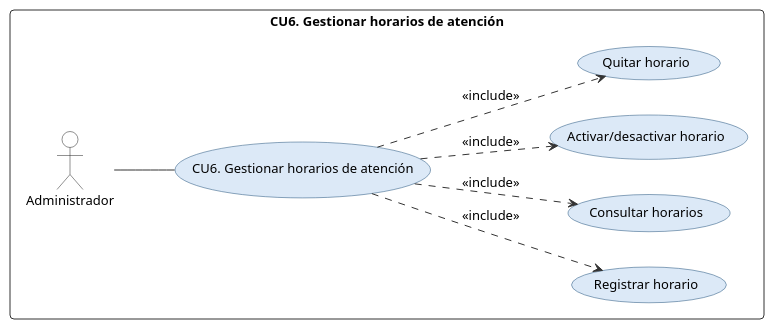
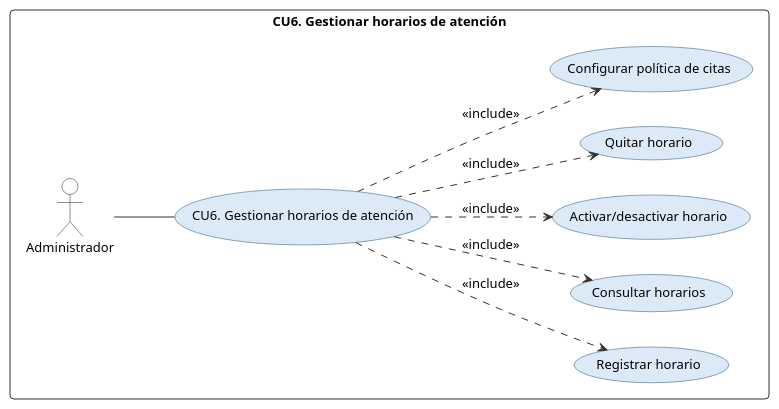
Before and after one commit to ronaldflores2004/VidaSalud: the diagram in docs/uml/plantuml/cu_cu6.puml, drawn with PlantUML. The commit also changed 7 other files, not shown here.

First line of the commit message:
Documento: diagramas actualizados con la política de citas RN17–RN20

```diff
--- a/docs/uml/plantuml/cu_cu6.puml
+++ b/docs/uml/plantuml/cu_cu6.puml
@@ -1,49 +1,51 @@
 @startuml
 
 set separator none
 skinparam backgroundColor white
 skinparam defaultFontName Arial
 skinparam defaultFontSize 13
 skinparam shadowing false
 skinparam ArrowColor #333333
 skinparam ActorBorderColor #222222
 skinparam ActorBackgroundColor #FFFFFF
 skinparam UsecaseBorderColor #1F4E79
 skinparam UsecaseBackgroundColor #DCE9F7
 skinparam PackageBorderColor #333333
 skinparam PackageBackgroundColor #FFFFFF
 skinparam ClassBorderColor #333333
 skinparam ClassBackgroundColor #FFFFFF
 skinparam ClassHeaderBackgroundColor #DCE9F7
 skinparam NoteBackgroundColor #FFF8DC
 skinparam RectangleBorderColor #333333
 skinparam NodeBorderColor #1F4E79
 skinparam NodeBackgroundColor #F3F8FD
 skinparam ArtifactBackgroundColor #FFFFFF
 skinparam DatabaseBackgroundColor #DCE9F7
 skinparam SequenceLifeLineBorderColor #888888
 skinparam SequenceParticipantBackgroundColor #DCE9F7
 skinparam SequenceParticipantBorderColor #1F4E79
 skinparam ParticipantPadding 12
 skinparam BoundaryBackgroundColor #DCE9F7
 skinparam ControlBackgroundColor #DCE9F7
 skinparam EntityBackgroundColor #DCE9F7
 skinparam BoundaryBorderColor #1F4E79
 skinparam ControlBorderColor #1F4E79
 skinparam EntityBorderColor #1F4E79
 skinparam roundcorner 8
 left to right direction
 rectangle "CU6. Gestionar horarios de atención" {
 actor "Administrador" as ADM
 usecase "CU6. Gestionar horarios de atención" as U
 ADM -- U
 usecase "Registrar horario" as S0
 U ..> S0 : <<include>>
 usecase "Consultar horarios" as S1
 U ..> S1 : <<include>>
 usecase "Activar/desactivar horario" as S2
 U ..> S2 : <<include>>
 usecase "Quitar horario" as S3
 U ..> S3 : <<include>>
+usecase "Configurar política de citas" as S4
+U ..> S4 : <<include>>
 }
 @enduml
```
